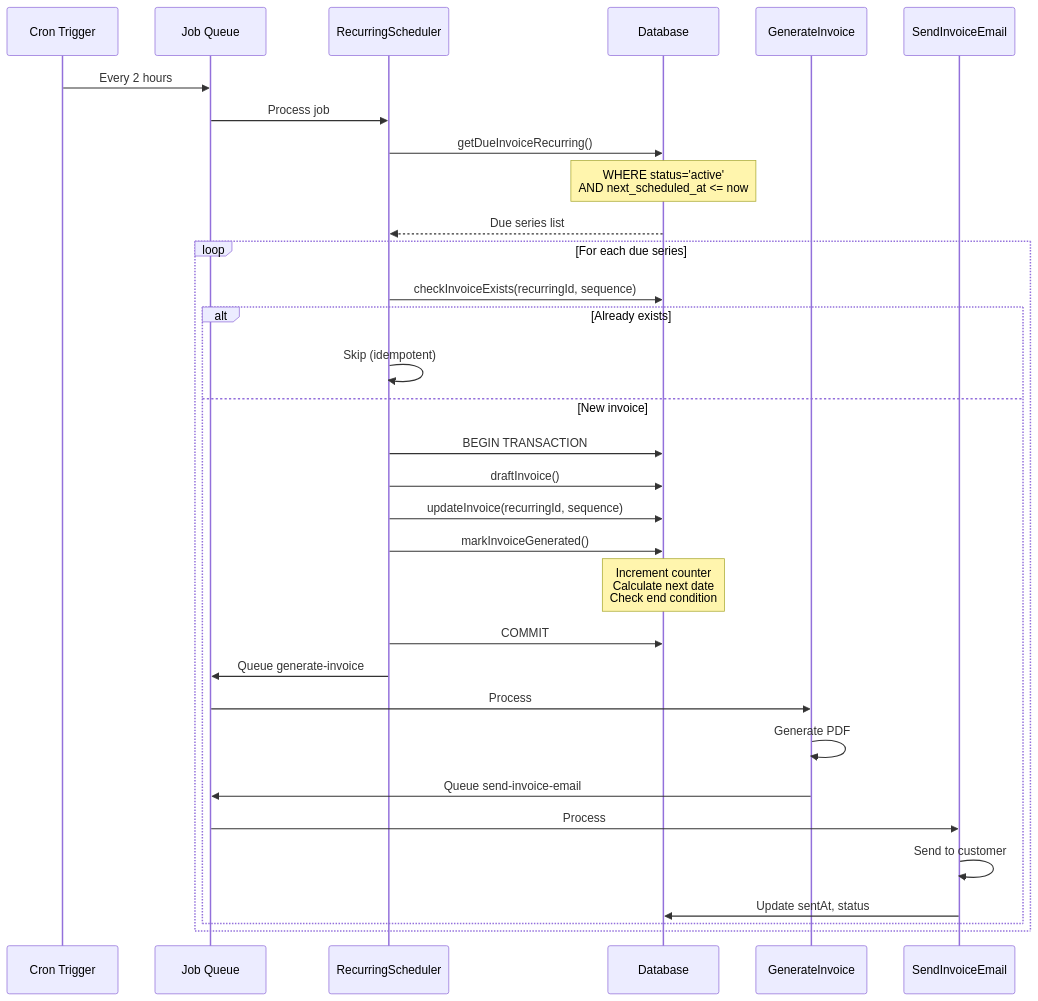
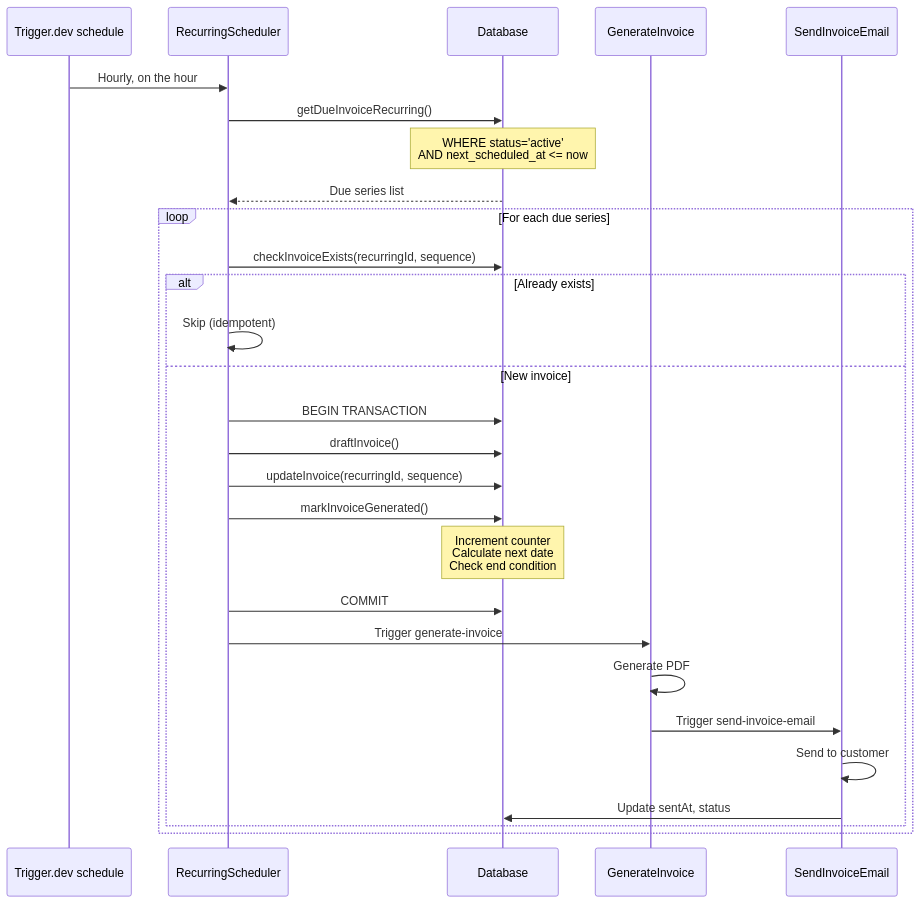
The fourth of 6 diagrams in docs/invoice-recurring.md (FredflixBE/midday), drawn with Mermaid before and after one commit. The commit also changed other lines of this file and 3 other files, not shown here.

````diff
--- a/docs/invoice-recurring.md
+++ b/docs/invoice-recurring.md
@@ -181,38 +171,34 @@
 ```mermaid
 sequenceDiagram
-    participant Cron as Cron Trigger
-    participant BullMQ as Job Queue
+    participant Cron as Trigger.dev schedule
     participant Scheduler as RecurringScheduler
     participant DB as Database
     participant Generator as GenerateInvoice
     participant Email as SendInvoiceEmail
     
-    Cron->>BullMQ: Every 2 hours
-    BullMQ->>Scheduler: Process job
+    Cron->>Scheduler: Hourly, on the hour
     
     Scheduler->>DB: getDueInvoiceRecurring()
     Note over DB: WHERE status='active'<br/>AND next_scheduled_at <= now
     DB-->>Scheduler: Due series list
     
     loop For each due series
         Scheduler->>DB: checkInvoiceExists(recurringId, sequence)
         alt Already exists
             Scheduler->>Scheduler: Skip (idempotent)
         else New invoice
             Scheduler->>DB: BEGIN TRANSACTION
             Scheduler->>DB: draftInvoice()
             Scheduler->>DB: updateInvoice(recurringId, sequence)
             Scheduler->>DB: markInvoiceGenerated()
             Note over DB: Increment counter<br/>Calculate next date<br/>Check end condition
             Scheduler->>DB: COMMIT
             
-            Scheduler->>BullMQ: Queue generate-invoice
-            BullMQ->>Generator: Process
+            Scheduler->>Generator: Trigger generate-invoice
             Generator->>Generator: Generate PDF
-            Generator->>BullMQ: Queue send-invoice-email
-            BullMQ->>Email: Process
+            Generator->>Email: Trigger send-invoice-email
             Email->>Email: Send to customer
             Email->>DB: Update sentAt, status
         end
     end
 ```
````
